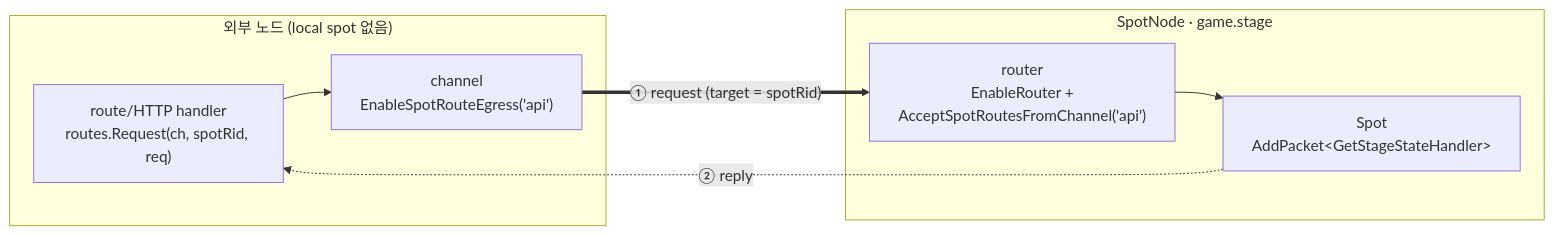
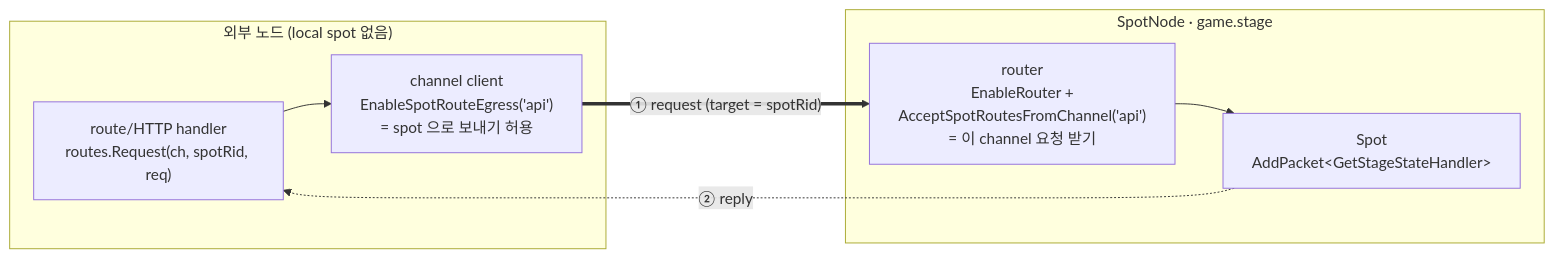
One commit to kairos-code-dev/zlink changed the ninth of 9 diagrams in framework/doc/framework/dotnet/guide/05-spot.ko.md. Above: the diagram before and after it, drawn with Mermaid. The commit also changed other lines of this file and 31 other files, not shown here.

````diff
--- a/framework/doc/framework/dotnet/guide/05-spot.ko.md
+++ b/framework/doc/framework/dotnet/guide/05-spot.ko.md
@@ -749,15 +757,15 @@
 ```mermaid
 flowchart LR
   subgraph ext["외부 노드 (local spot 없음)"]
     h["route/HTTP handler<br/>routes.Request(ch, spotRid, req)"]
-    eg["channel<br/>EnableSpotRouteEgress('api')"]
+    eg["channel client<br/>EnableSpotRouteEgress('api')<br/>= spot 으로 보내기 허용"]
     h --> eg
   end
   subgraph sn["SpotNode · game.stage"]
-    rt["router<br/>EnableRouter +<br/>AcceptSpotRoutesFromChannel('api')"]
+    rt["router<br/>EnableRouter +<br/>AcceptSpotRoutesFromChannel('api')<br/>= 이 channel 요청 받기"]
     sp["Spot<br/>AddPacket&lt;GetStageStateHandler&gt;"]
     rt --> sp
   end
   eg ==>|"① request (target = spotRid)"| rt
   sp -.->|"② reply"| h
 ```
````
